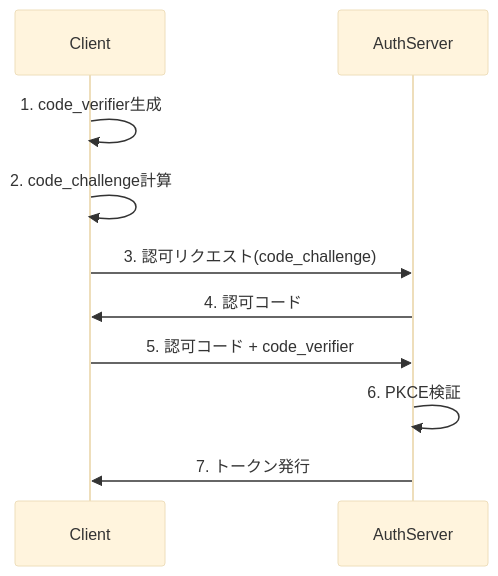
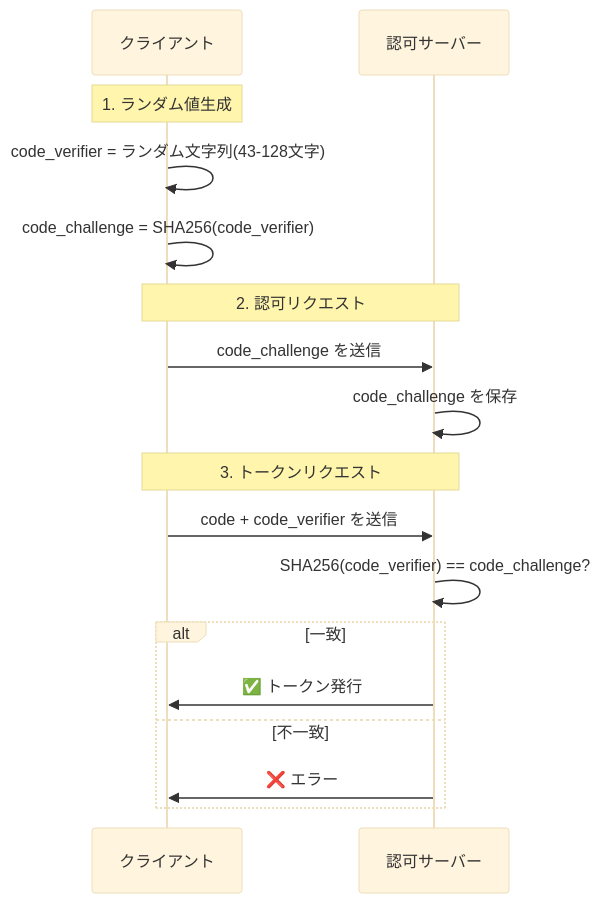
One commit to im-sts-miyamoto/mkdocs changed the fifth of 10 diagrams in docs/src/auth/basics.md. Above: the diagram before and after it, drawn with Mermaid (base theme). The commit also changed other lines of this file and 7 other files, not shown here.

````diff
--- a/docs/src/auth/basics.md
+++ b/docs/src/auth/basics.md
@@ -295,13 +466,22 @@
-    ```mermaid
-    sequenceDiagram
-        participant Client
-        participant AuthServer
+        ```mermaid
+        sequenceDiagram
+            participant Client as クライアント
+            participant AuthServer as 認可サーバー
 
-        Client->>Client: 1. code_verifier生成
-        Client->>Client: 2. code_challenge計算
-        Client->>AuthServer: 3. 認可リクエスト(code_challenge)
-        AuthServer->>Client: 4. 認可コード
-        Client->>AuthServer: 5. 認可コード + code_verifier
-        AuthServer->>AuthServer: 6. PKCE検証
-        AuthServer->>Client: 7. トークン発行
-    ```
+            Note over Client: 1. ランダム値生成
+            Client->>Client: code_verifier = ランダム文字列(43-128文字)
+            Client->>Client: code_challenge = SHA256(code_verifier)
+
+            Note over Client,AuthServer: 2. 認可リクエスト
+            Client->>AuthServer: code_challenge を送信
+            AuthServer->>AuthServer: code_challenge を保存
+
+            Note over Client,AuthServer: 3. トークンリクエスト
+            Client->>AuthServer: code + code_verifier を送信
+            AuthServer->>AuthServer: SHA256(code_verifier) == code_challenge?
+            alt 一致
+                AuthServer->>Client: ✅ トークン発行
+            else 不一致
+                AuthServer->>Client: ❌ エラー
+            end
+        ```
````
